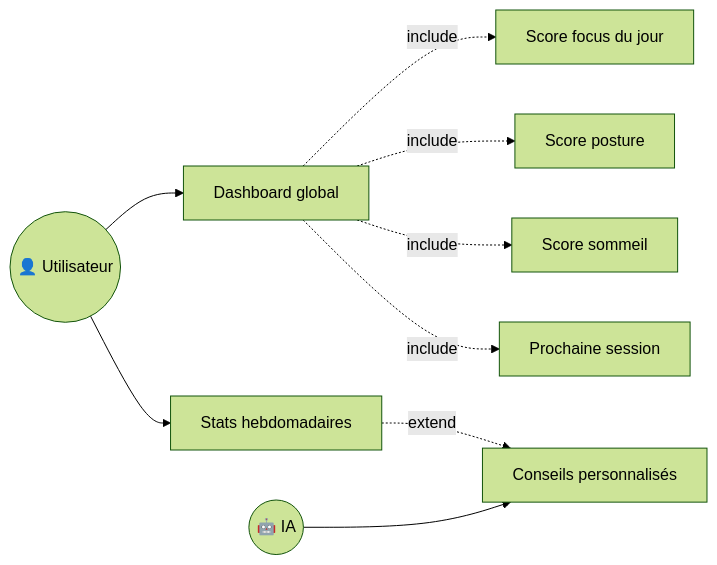
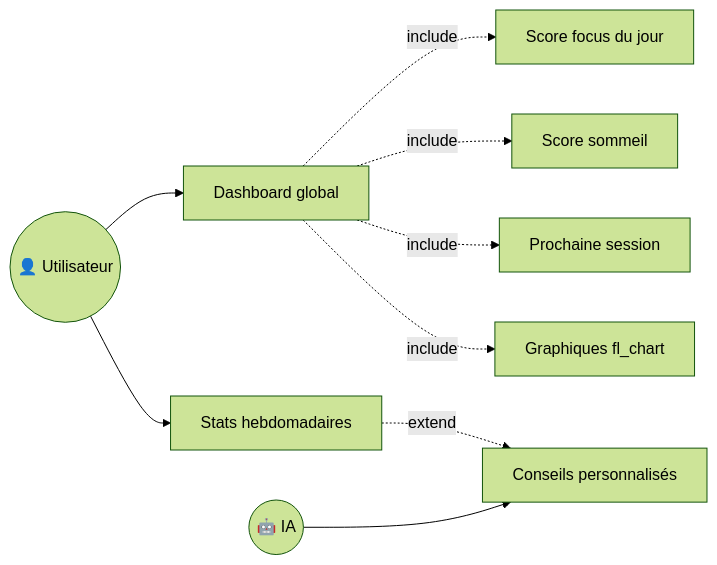
Diagram 11 of 11 in docs/Conception_CasUtilisation.md (Jkacem/smart_focus), drawn with Mermaid (forest theme) before and after one commit. The commit also changed other lines of this file and 8 other files, not shown here.

````diff
--- a/docs/Conception_CasUtilisation.md
+++ b/docs/Conception_CasUtilisation.md
@@ -437,25 +641,25 @@
 ```mermaid
 graph LR
     User(("👤 Utilisateur"))
     IA(("🤖 IA"))
 
     UC27["Dashboard global"]
     UC28["Stats hebdomadaires"]
     UC29["Conseils personnalisés"]
 
     UC27a["Score focus du jour"]
-    UC27b["Score posture"]
-    UC27c["Score sommeil"]
-    UC27d["Prochaine session"]
+    UC27b["Score sommeil"]
+    UC27c["Prochaine session"]
+    UC27d["Graphiques fl_chart"]
 
     User --> UC27
     User --> UC28
 
     UC27 -.->|include| UC27a
     UC27 -.->|include| UC27b
     UC27 -.->|include| UC27c
     UC27 -.->|include| UC27d
 
     UC28 -.->|extend| UC29
     IA --> UC29
 ```
````
